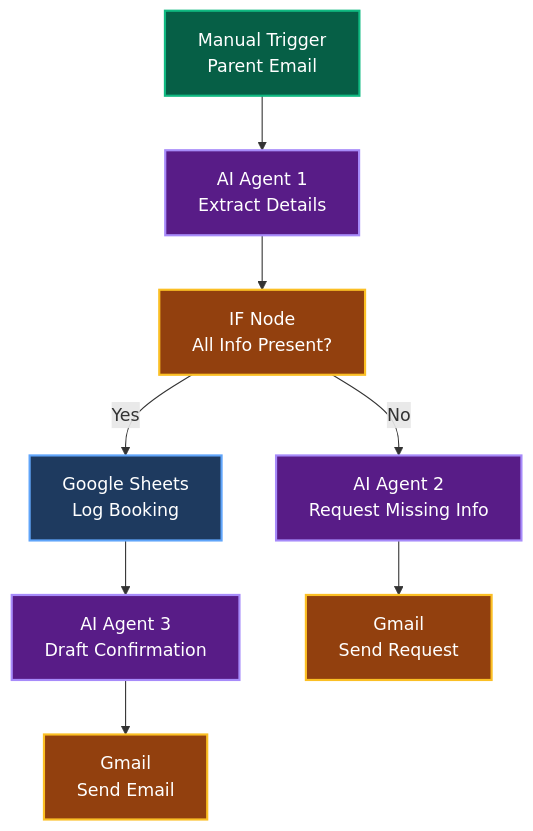
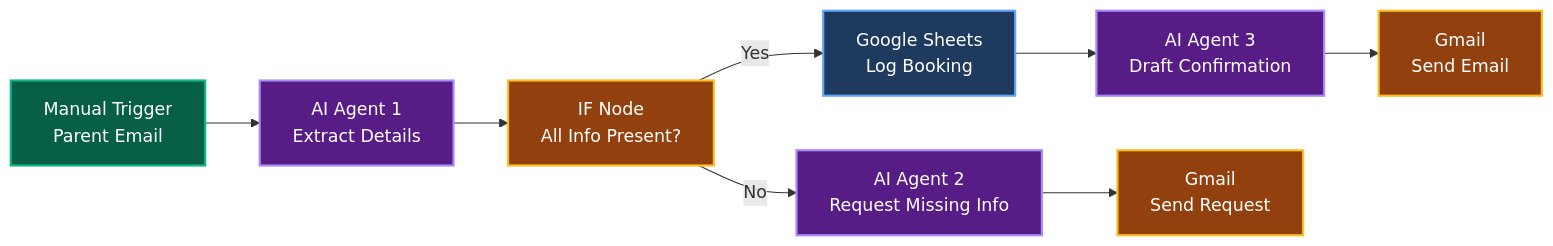
One commit to officialdad/n8n-ce-bootstrap changed the diagram in trainings/slidev/pages/topic4.md. Above: the diagram before and after it, drawn with Mermaid.

Commit message:
chore: adjusted mermaid diagram scale

````diff
--- a/trainings/slidev/pages/topic4.md
+++ b/trainings/slidev/pages/topic4.md
@@ -39,19 +39,19 @@
 ```mermaid {theme: 'dark'}
-graph TD
+graph LR
     A[Manual Trigger<br/>Parent Email] --> B[AI Agent 1<br/>Extract Details]
     B --> C[IF Node<br/>All Info Present?]
     C -->|Yes| D[Google Sheets<br/>Log Booking]
     C -->|No| E[AI Agent 2<br/>Request Missing Info]
     D --> F[AI Agent 3<br/>Draft Confirmation]
     F --> G[Gmail<br/>Send Email]
     E --> H[Gmail<br/>Send Request]
 
     style A fill:#065f46,stroke:#10b981,stroke-width:2px,color:#fff
     style B fill:#581c87,stroke:#a78bfa,stroke-width:2px,color:#fff
     style C fill:#92400e,stroke:#fbbf24,stroke-width:2px,color:#fff
     style D fill:#1e3a5f,stroke:#60a5fa,stroke-width:2px,color:#fff
     style E fill:#581c87,stroke:#a78bfa,stroke-width:2px,color:#fff
     style F fill:#581c87,stroke:#a78bfa,stroke-width:2px,color:#fff
     style G fill:#92400e,stroke:#fbbf24,stroke-width:2px,color:#fff
     style H fill:#92400e,stroke:#fbbf24,stroke-width:2px,color:#fff
 ```
````
